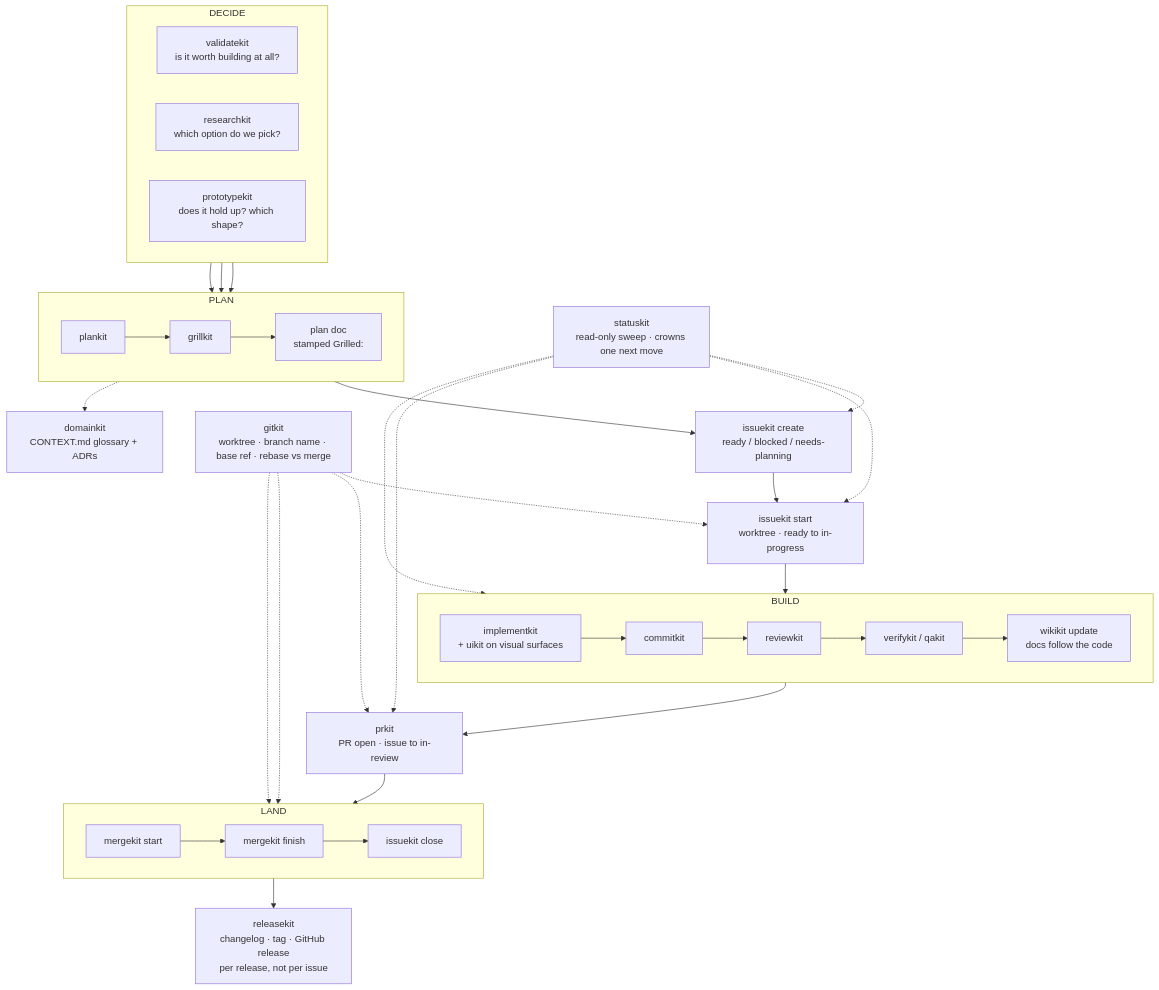
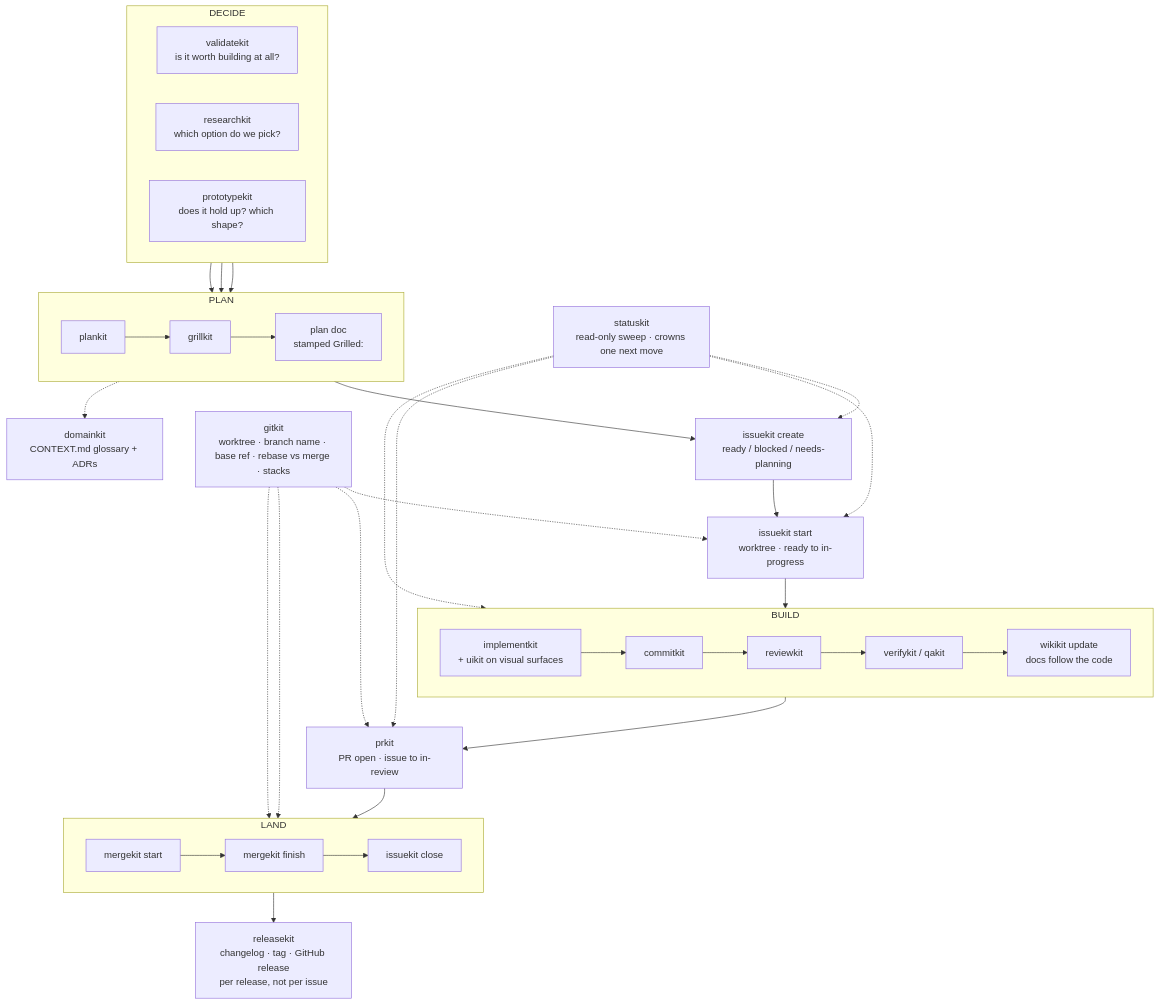
One commit to mimukit/skills changed the diagram in docs/wiki/workflow.md. Above: the diagram before and after it, drawn with Mermaid. The commit also changed other lines of this file and 7 other files, not shown here.

````diff
--- a/docs/wiki/workflow.md
+++ b/docs/wiki/workflow.md
@@ -40,55 +40,55 @@
 ```mermaid
 flowchart TD
     ST["statuskit<br>read-only sweep · crowns one next move"]
 
     subgraph decide["DECIDE"]
         direction LR
         V["validatekit<br>is it worth building at all?"]
         R["researchkit<br>which option do we pick?"]
         PR["prototypekit<br>does it hold up? which shape?"]
     end
 
     subgraph plan["PLAN"]
         direction LR
         P["plankit"] --> G["grillkit"] --> PD["plan doc<br>stamped Grilled:"]
     end
 
     F["issuekit create<br>ready / blocked / needs-planning"]
     S["issuekit start<br>worktree · ready to in-progress"]
 
     subgraph build["BUILD"]
         direction LR
         I["implementkit<br>+ uikit on visual surfaces"] --> C["commitkit"] --> RV["reviewkit"] --> Q["verifykit / qakit"] --> W["wikikit update<br>docs follow the code"]
     end
 
     SH["prkit<br>PR open · issue to in-review"]
 
     subgraph land["LAND"]
         direction LR
         M1["mergekit start"] --> M2["mergekit finish"] --> M3["issuekit close"]
     end
 
     RL["releasekit<br>changelog · tag · GitHub release<br>per release, not per issue"]
 
-    GK["gitkit<br>worktree · branch name · base ref · rebase vs merge"]
+    GK["gitkit<br>worktree · branch name · base ref · rebase vs merge · stacks"]
     DK["domainkit<br>CONTEXT.md glossary + ADRs"]
 
     V --> P
     R --> P
     PR --> P
     PD --> F --> S --> I
     W --> SH --> M1
     M3 --> RL
 
     ST -.-> F
     ST -.-> S
     ST -.-> I
     ST -.-> SH
 
     GK -.-> S
     GK -.-> SH
     GK -.-> M1
     GK -.-> M3
 
     G -.-> DK
 ```
````
